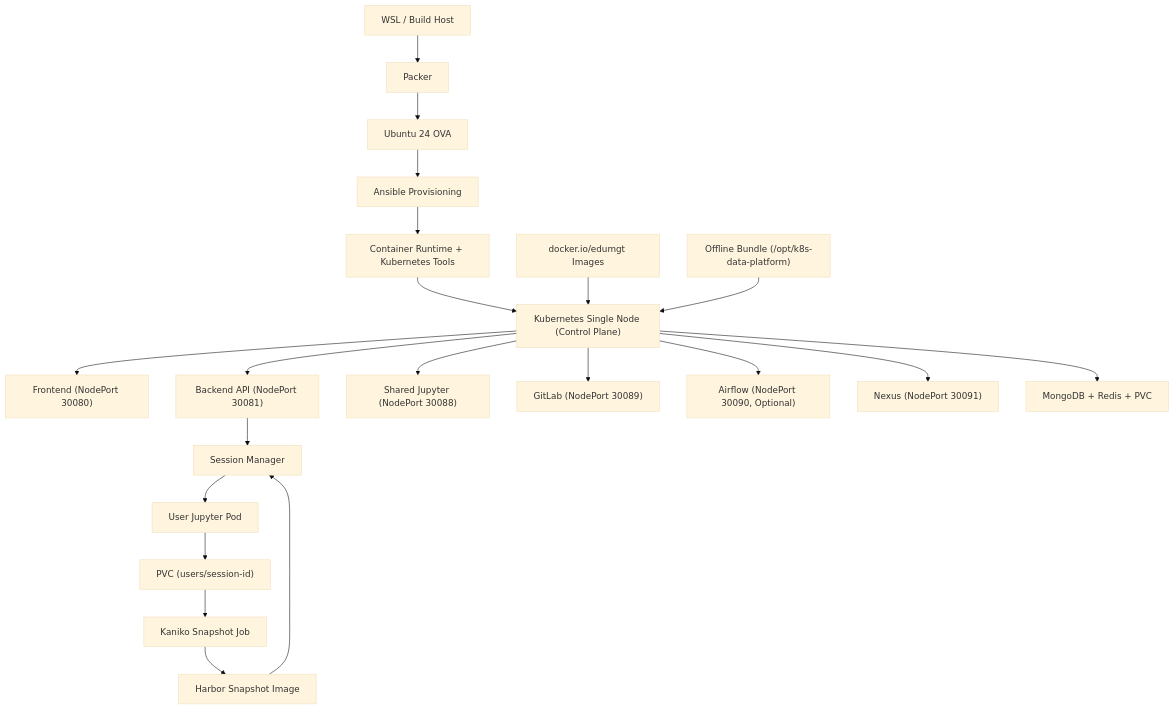
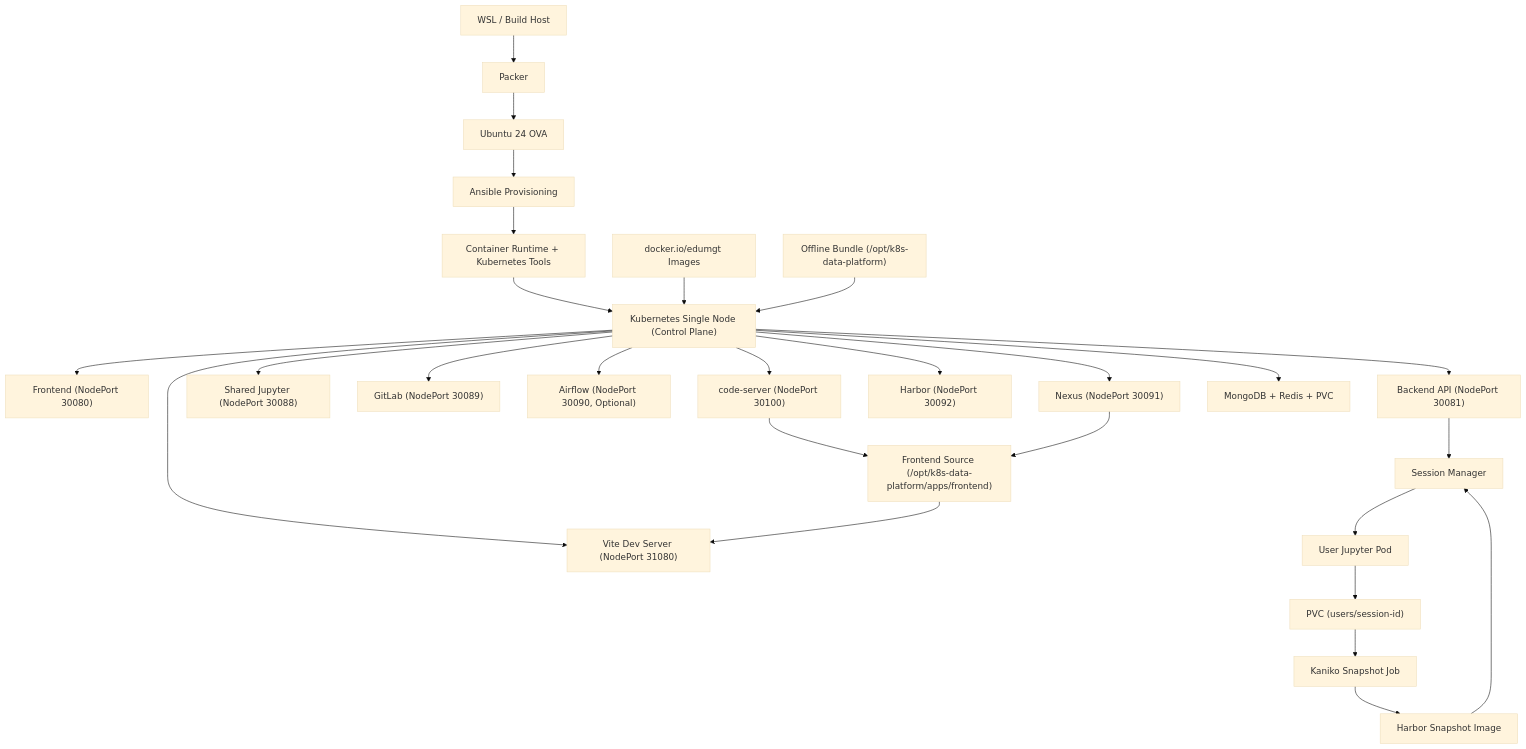
Before and after one commit to edumgt/Kubernetes-Jupyter-Sandbox: the first of 2 diagrams in README.md, drawn with Mermaid (base theme). The commit also changed other lines of this file, not shown here.

````diff
--- a/README.md
+++ b/README.md
@@ -45,29 +52,37 @@
 ```mermaid
 flowchart TD
   A["WSL / Build Host"] --> B["Packer"]
   B --> C["Ubuntu 24 OVA"]
   C --> D["Ansible Provisioning"]
   D --> E["Container Runtime + Kubernetes Tools"]
   E --> F["Kubernetes Single Node (Control Plane)"]
 
   %% Services
   F --> G["Frontend (NodePort 30080)"]
   F --> H["Backend API (NodePort 30081)"]
   F --> I["Shared Jupyter (NodePort 30088)"]
   F --> J["GitLab (NodePort 30089)"]
   F --> K["Airflow (NodePort 30090, Optional)"]
   F --> T["Nexus (NodePort 30091)"]
+  F --> U["Harbor (NodePort 30092)"]
+  F --> V["code-server (NodePort 30100)"]
+  F --> W["Vite Dev Server (NodePort 31080)"]
   F --> L["MongoDB + Redis + PVC"]
 
   %% Jupyter workflow
   H --> M["Session Manager"]
   M --> N["User Jupyter Pod"]
   N --> O["PVC (users/session-id)"]
   O --> P["Kaniko Snapshot Job"]
   P --> Q["Harbor Snapshot Image"]
   Q --> M
 
   %% External sources
   R["docker.io/edumgt Images"] --> F
   S["Offline Bundle (/opt/k8s-data-platform)"] --> F
+
+  %% FE dev
+  V --> X["Frontend Source (/opt/k8s-data-platform/apps/frontend)"]
+  X --> W
+  T --> X
 ```
````
